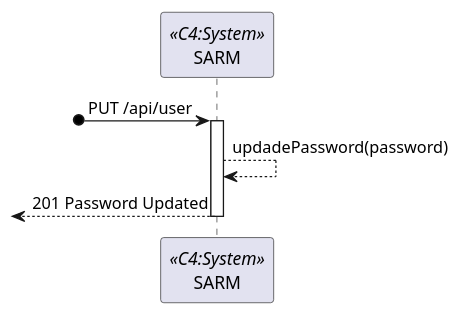
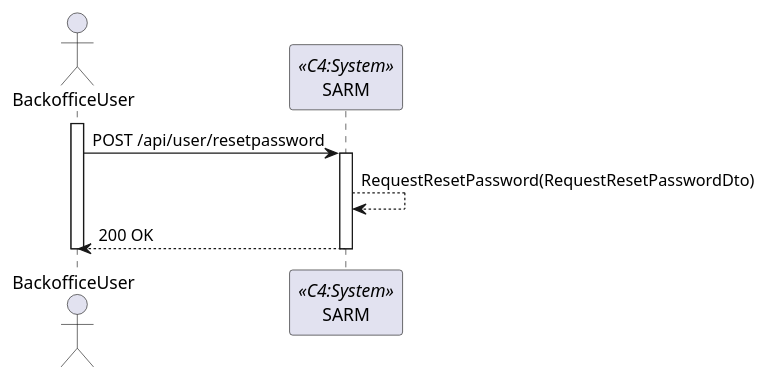
One commit to 1220846/sem5pi-24-25-3ddg20 changed the diagram in docs/sprint-a/us-5.1.2/views/level2/process-view.puml. Above: the diagram before and after it, drawn with PlantUML. The commit also changed 6 other files, not shown here.

```diff
--- a/docs/sprint-a/us-5.1.2/views/level2/process-view.puml
+++ b/docs/sprint-a/us-5.1.2/views/level2/process-view.puml
@@ -1,12 +1,15 @@
-@startuml ssdlevel1
+@startuml process-view
 
+actor "BackofficeUser" as BackofficeUser
 participant SYS as "SARM" <<C4:System>>
 
-?o->SYS:PUT /api/user
+activate BackofficeUser
+BackofficeUser->SYS:POST /api/user/resetpassword
 activate SYS
 
-    SYS-->SYS:updadePassword(password)
+    SYS-->SYS:RequestResetPassword(RequestResetPasswordDto)
 
-    <--SYS:201 Password Updated
+    BackofficeUser<--SYS:200 OK
 deactivate SYS
+deactivate BackofficeUser
 @enduml
```
